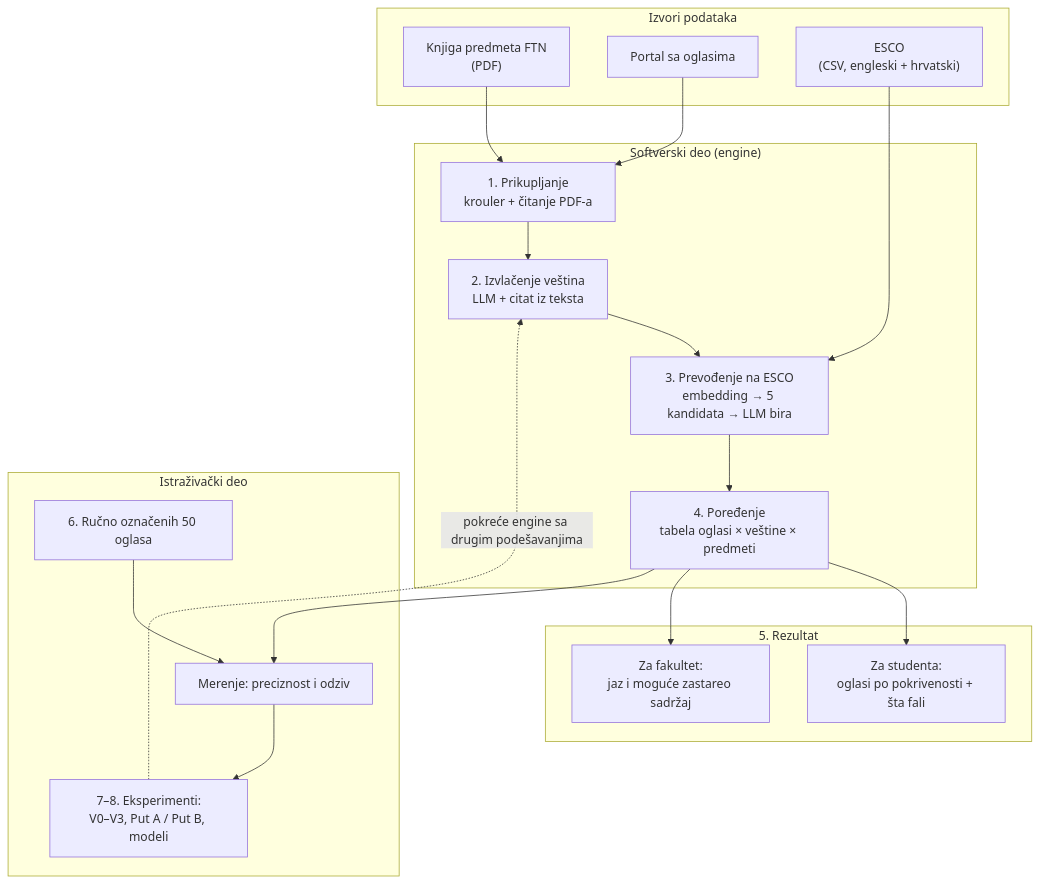
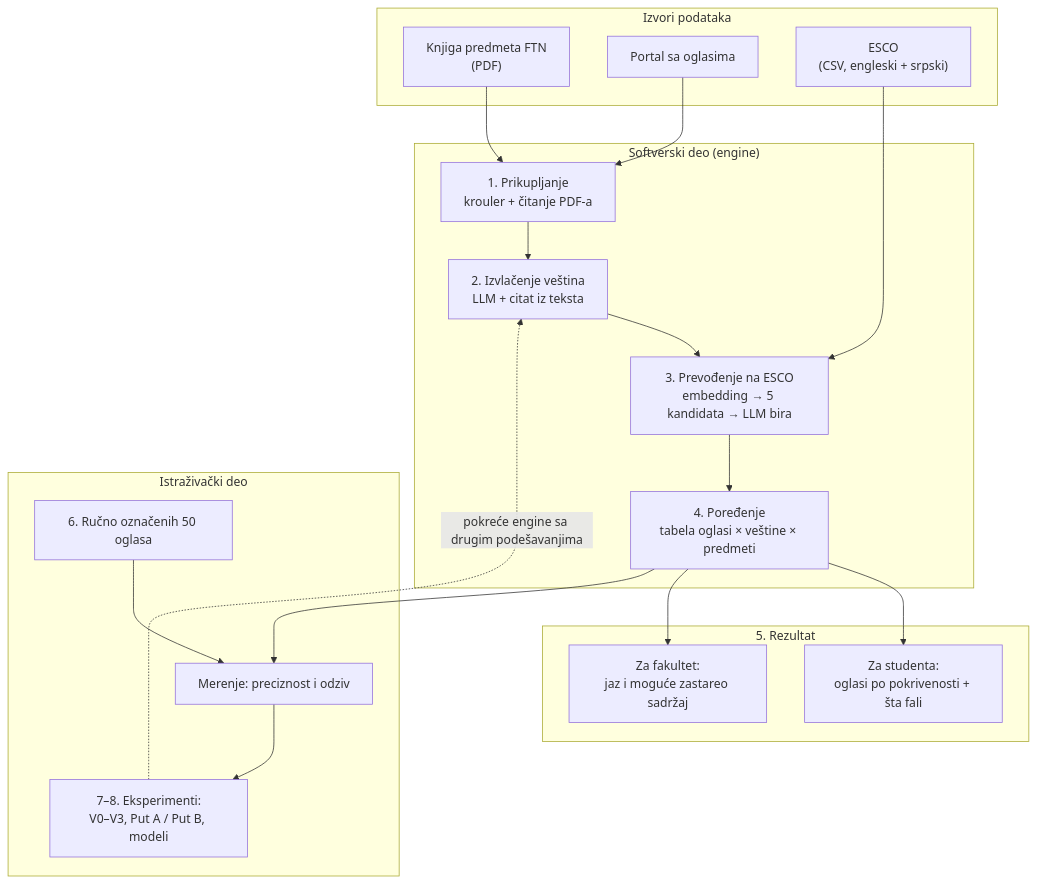
Before and after one commit to goranmalesev/curriculum-job-alignment: the diagram in Istrazivacki_dnevnik.md, drawn with Mermaid.

Commit message:
Update ESCO language from Croatian to Serbian

````diff
--- a/Istrazivacki_dnevnik.md
+++ b/Istrazivacki_dnevnik.md
@@ -196,37 +196,37 @@
 ```mermaid
 flowchart TB
     subgraph IZVORI["Izvori podataka"]
         K["Knjiga predmeta FTN<br/>(PDF)"]
         O["Portal sa oglasima"]
-        E["ESCO<br/>(CSV, engleski + hrvatski)"]
+        E["ESCO<br/>(CSV, engleski + srpski)"]
     end
 
     subgraph ENGINE["Softverski deo (engine)"]
         S1["1. Prikupljanje<br/>krouler + čitanje PDF-a"]
         S2["2. Izvlačenje veština<br/>LLM + citat iz teksta"]
         S3["3. Prevođenje na ESCO<br/>embedding → 5 kandidata → LLM bira"]
         S4["4. Poređenje<br/>tabela oglasi × veštine × predmeti"]
     end
 
     subgraph IZLAZ["5. Rezultat"]
         A1["Za studenta:<br/>oglasi po pokrivenosti + šta fali"]
         A2["Za fakultet:<br/>jaz i moguće zastareo sadržaj"]
     end
 
     subgraph ISTR["Istraživački deo"]
         R1["6. Ručno označenih 50 oglasa"]
         R2["Merenje: preciznost i odziv"]
         R3["7–8. Eksperimenti:<br/>V0–V3, Put A / Put B, modeli"]
     end
 
     K --> S1
     O --> S1
     S1 --> S2 --> S3 --> S4
     E --> S3
     S4 --> A1
     S4 --> A2
     S4 --> R2
     R1 --> R2
     R3 -. "pokreće engine sa drugim podešavanjima" .-> S2
     R2 --> R3
 ```
````
